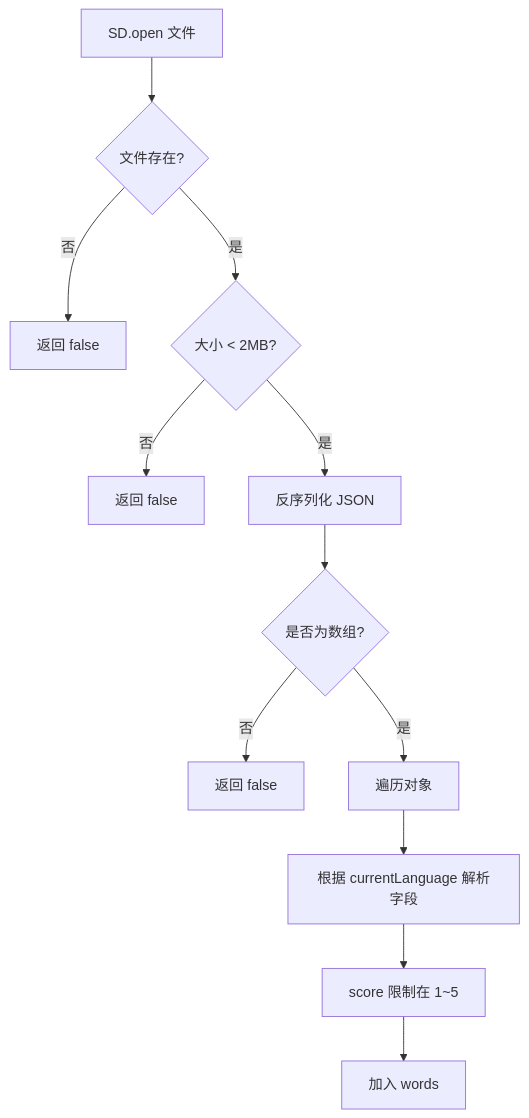
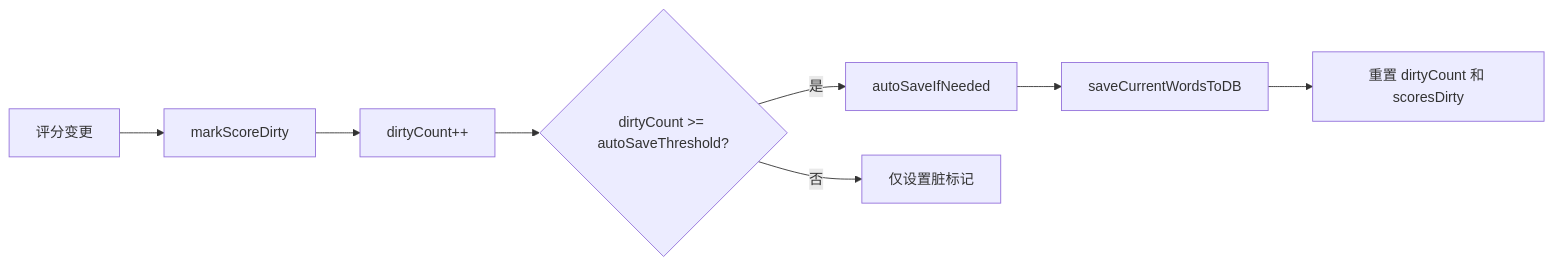
Before and after one commit to Mr-xiaotian/WordCardputer: the first of 2 diagrams in docs/UtilsData.md, drawn with Mermaid. The commit also changed other lines of this file and 13 other files, not shown here.

````diff
--- a/docs/UtilsData.md
+++ b/docs/UtilsData.md
@@ -29,14 +33,10 @@
 ```mermaid
-flowchart TD
-    A[SD.open 文件] --> B{文件存在?}
-    B -->|否| C[返回 false]
-    B -->|是| D{大小 < 2MB?}
-    D -->|否| E[返回 false]
-    D -->|是| F[反序列化 JSON]
-    F --> G{是否为数组?}
-    G -->|否| H[返回 false]
-    G -->|是| I[遍历对象]
-    I --> J[根据 currentLanguage 解析字段]
-    J --> K[score 限制在 1~5]
-    K --> L[加入 words]
+flowchart LR
+    A[评分变更] --> B[markScoreDirty]
+    B --> C[dirtyCount++]
+    C --> D{dirtyCount >= autoSaveThreshold?}
+    D -->|是| E[autoSaveIfNeeded]
+    D -->|否| F[仅设置脏标记]
+    E --> G[saveCurrentWordsToDB]
+    G --> H[重置 dirtyCount 和 scoresDirty]
 ```
````
